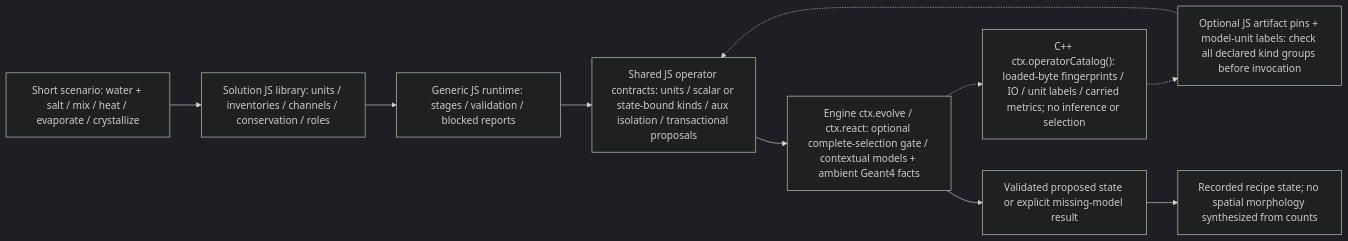
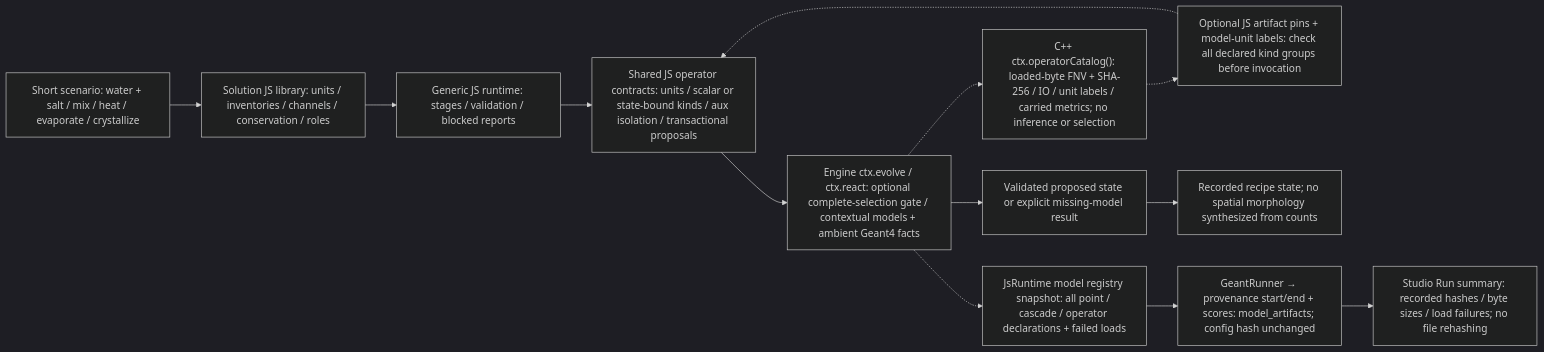
Before and after one commit to Geckos-Ink/trech: the third of 38 diagrams in CHARTS.md, drawn with Mermaid (dark theme). The commit also changed 28 other files, not shown here.

Commit message:
Record loaded model SHA-256 manifests and surface them in Studio

````diff
--- a/CHARTS.md
+++ b/CHARTS.md
@@ -37,12 +37,15 @@
 ```mermaid
 flowchart LR
   S["Short scenario: water + salt / mix / heat / evaporate / crystallize"] --> D["Solution JS library: units / inventories / channels / conservation / roles"]
   D --> R["Generic JS runtime: stages / validation / blocked reports"]
   R --> B["Shared JS operator contracts: units / scalar or state-bound kinds / aux isolation / transactional proposals"]
   B --> E["Engine ctx.evolve / ctx.react: optional complete-selection gate / contextual models + ambient Geant4 facts"]
-  E -.-> C["C++ ctx.operatorCatalog(): loaded-byte fingerprints / IO / unit labels / carried metrics; no inference or selection"]
+  E -.-> C["C++ ctx.operatorCatalog(): loaded-byte FNV + SHA-256 / IO / unit labels / carried metrics; no inference or selection"]
   C -.-> P["Optional JS artifact pins + model-unit labels: check all declared kind groups before invocation"]
   P -.-> B
   E --> V["Validated proposed state or explicit missing-model result"]
   V --> O["Recorded recipe state; no spatial morphology synthesized from counts"]
+  E -.-> M["JsRuntime model registry snapshot: all point / cascade / operator declarations + failed loads"]
+  M --> F["GeantRunner → provenance start/end + scores: model_artifacts; config hash unchanged"]
+  F --> U["Studio Run summary: recorded hashes / byte sizes / load failures; no file rehashing"]
 ```
````
